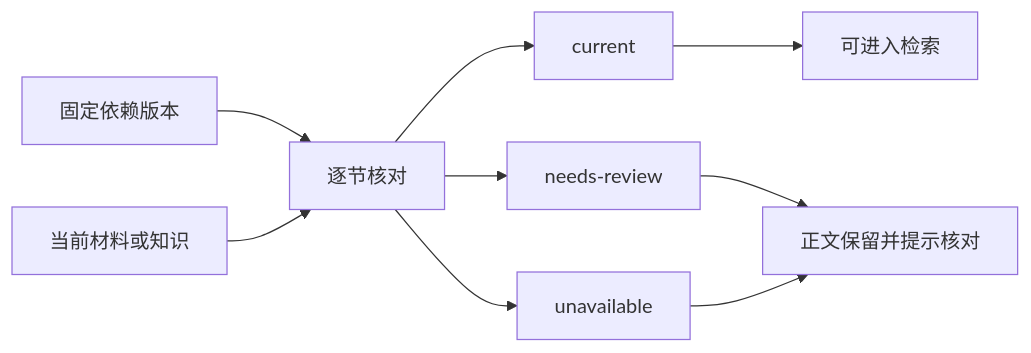
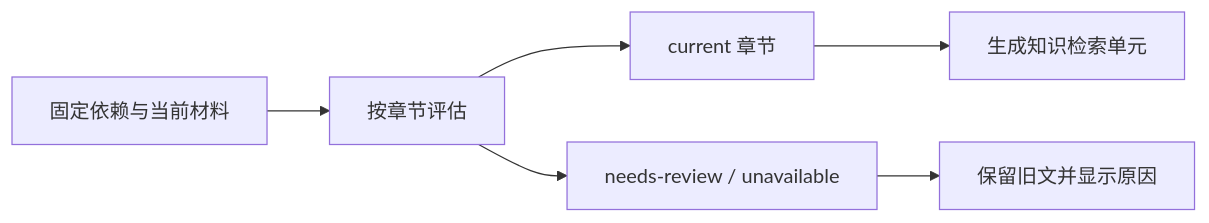
One commit to lejunyang/omem changed the diagram in .repo-review/knowledge/articles/08debc9dce56ab4b9a9c94566ff90c5d9660bd199684c1a371e5cf691502dbae.md. Above: the diagram before and after it, drawn with Mermaid. The commit also changed other lines of this file and 9 other files, not shown here.

````diff
--- a/.repo-review/knowledge/articles/08debc9dce56ab4b9a9c94566ff90c5d9660bd199684c1a371e5cf691502dbae.md
+++ b/.repo-review/knowledge/articles/08debc9dce56ab4b9a9c94566ff90c5d9660bd199684c1a371e5cf691502dbae.md
@@ -41,11 +44,8 @@
 ```mermaid
 flowchart LR
-  A[固定依赖版本] --> C[逐节核对]
-  B[当前材料或知识] --> C
-  C --> D[current]
-  C --> E[needs-review]
-  C --> F[unavailable]
-  D --> G[可进入检索]
-  E --> H[正文保留并提示核对]
-  F --> H
+  A[固定依赖与当前材料] --> B[按章节评估]
+  B --> C[current 章节]
+  B --> D[needs-review / unavailable]
+  C --> E[生成知识检索单元]
+  D --> F[保留旧文并显示原因]
 ```
````
